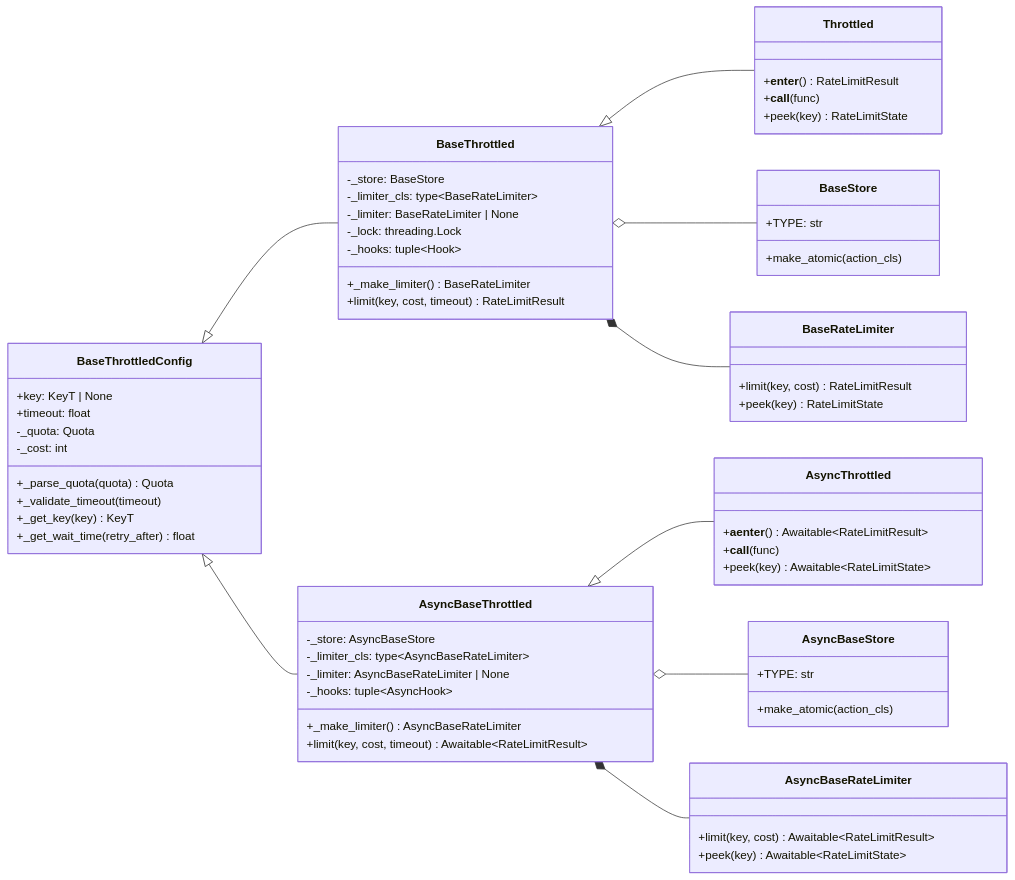
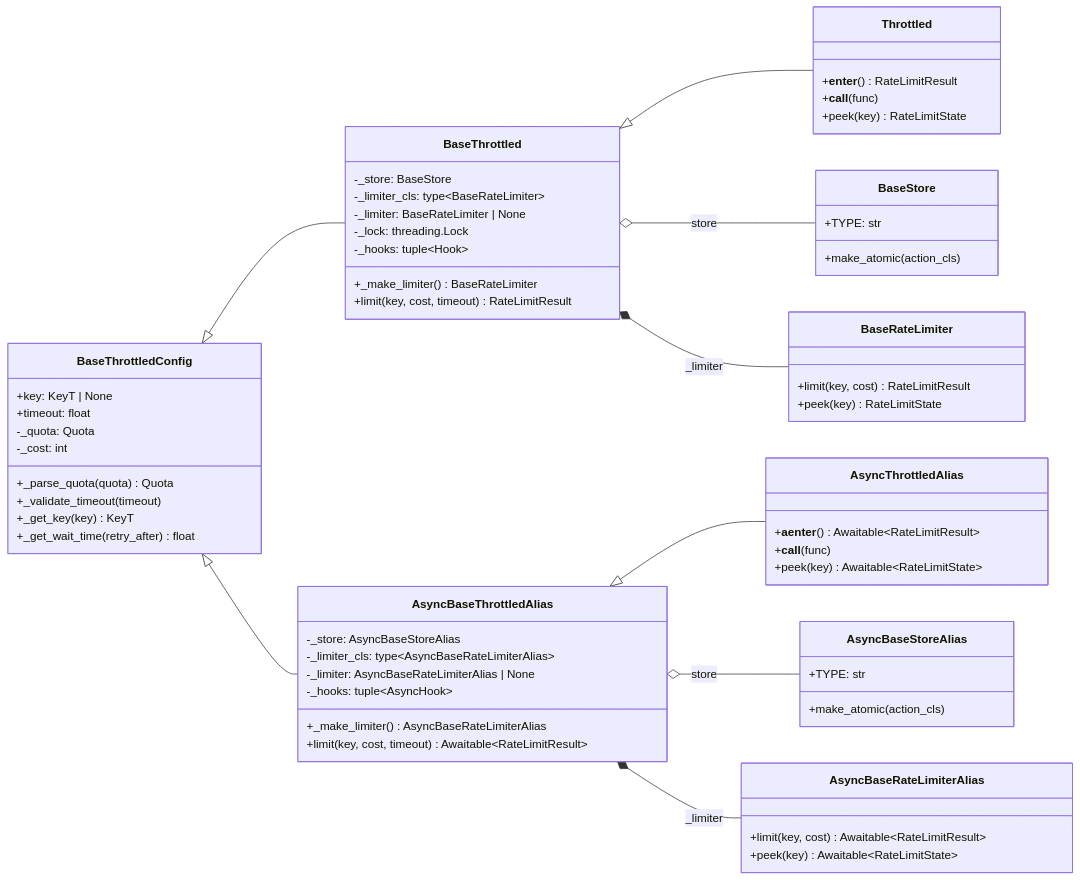
One commit to ZhuoZhuoCrayon/ai-workspace changed the sixth of 6 diagrams in knowledge/throttled-py/issues/2026-05-06-store-typing-abstraction-refactor/PLAN.md. Above: the diagram before and after it, drawn with Mermaid. The commit also changed other lines of this file, not shown here.

First line of the commit message:
docs(throttled-py): clarify store typing refactor plan

````diff
--- a/knowledge/throttled-py/issues/2026-05-06-store-typing-abstraction-refactor/PLAN.md
+++ b/knowledge/throttled-py/issues/2026-05-06-store-typing-abstraction-refactor/PLAN.md
@@ -539,67 +566,67 @@
 ```mermaid
 classDiagram
     direction LR
 
     class BaseThrottledConfig {
         +key: KeyT | None
         +timeout: float
         -_quota: Quota
         -_cost: int
         +_parse_quota(quota) Quota
         +_validate_timeout(timeout)
         +_get_key(key) KeyT
         +_get_wait_time(retry_after) float
     }
     class BaseStore {
         +TYPE: str
         +make_atomic(action_cls)
     }
-    class AsyncBaseStore {
+    class AsyncBaseStoreAlias {
         +TYPE: str
         +make_atomic(action_cls)
     }
     class BaseRateLimiter {
         +limit(key, cost) RateLimitResult
         +peek(key) RateLimitState
     }
-    class AsyncBaseRateLimiter {
+    class AsyncBaseRateLimiterAlias {
         +limit(key, cost) Awaitable~RateLimitResult~
         +peek(key) Awaitable~RateLimitState~
     }
     class BaseThrottled {
         -_store: BaseStore
         -_limiter_cls: type~BaseRateLimiter~
         -_limiter: BaseRateLimiter | None
         -_lock: threading.Lock
         -_hooks: tuple~Hook~
         +_make_limiter() BaseRateLimiter
         +limit(key, cost, timeout) RateLimitResult
     }
-    class AsyncBaseThrottled {
-        -_store: AsyncBaseStore
-        -_limiter_cls: type~AsyncBaseRateLimiter~
-        -_limiter: AsyncBaseRateLimiter | None
+    class AsyncBaseThrottledAlias {
+        -_store: AsyncBaseStoreAlias
+        -_limiter_cls: type~AsyncBaseRateLimiterAlias~
+        -_limiter: AsyncBaseRateLimiterAlias | None
         -_hooks: tuple~AsyncHook~
-        +_make_limiter() AsyncBaseRateLimiter
+        +_make_limiter() AsyncBaseRateLimiterAlias
         +limit(key, cost, timeout) Awaitable~RateLimitResult~
     }
     class Throttled {
         +__enter__() RateLimitResult
         +__call__(func)
         +peek(key) RateLimitState
     }
-    class AsyncThrottled {
+    class AsyncThrottledAlias {
         +__aenter__() Awaitable~RateLimitResult~
         +__call__(func)
         +peek(key) Awaitable~RateLimitState~
     }
 
     BaseThrottledConfig <|-- BaseThrottled
-    BaseThrottledConfig <|-- AsyncBaseThrottled
+    BaseThrottledConfig <|-- AsyncBaseThrottledAlias
     BaseThrottled <|-- Throttled
-    AsyncBaseThrottled <|-- AsyncThrottled
-    BaseThrottled o-- BaseStore
-    AsyncBaseThrottled o-- AsyncBaseStore
-    BaseThrottled *-- BaseRateLimiter
-    AsyncBaseThrottled *-- AsyncBaseRateLimiter
+    AsyncBaseThrottledAlias <|-- AsyncThrottledAlias
+    BaseThrottled o-- BaseStore : store
+    AsyncBaseThrottledAlias o-- AsyncBaseStoreAlias : store
+    BaseThrottled *-- BaseRateLimiter : _limiter
+    AsyncBaseThrottledAlias *-- AsyncBaseRateLimiterAlias : _limiter
 ```
````
